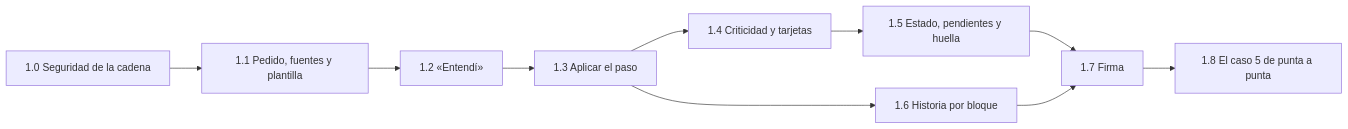
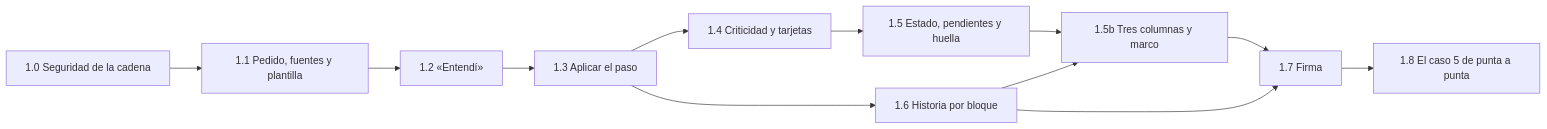
Before and after one commit to LaurenteEber/tupaqnin: the second of 2 diagrams in docs/construccion/backlog-r1.md, drawn with Mermaid. The commit also changed other lines of this file and 40 other files, not shown here.

````diff
--- a/docs/construccion/backlog-r1.md
+++ b/docs/construccion/backlog-r1.md
@@ -66,12 +66,14 @@
 ```mermaid
 flowchart LR
   P0["1.0 Seguridad de la cadena"] --> P1
   P1["1.1 Pedido, fuentes y plantilla"] --> P2["1.2 «Entendí»"]
   P2 --> P3["1.3 Aplicar el paso"]
   P3 --> P4["1.4 Criticidad y tarjetas"]
   P3 --> P6["1.6 Historia por bloque"]
   P4 --> P5["1.5 Estado, pendientes y huella"]
-  P5 --> P7["1.7 Firma"]
+  P5 --> P5b["1.5b Tres columnas y marco"]
+  P6 --> P5b
+  P5b --> P7["1.7 Firma"]
   P6 --> P7
   P7 --> P8["1.8 El caso 5 de punta a punta"]
 ```
````
